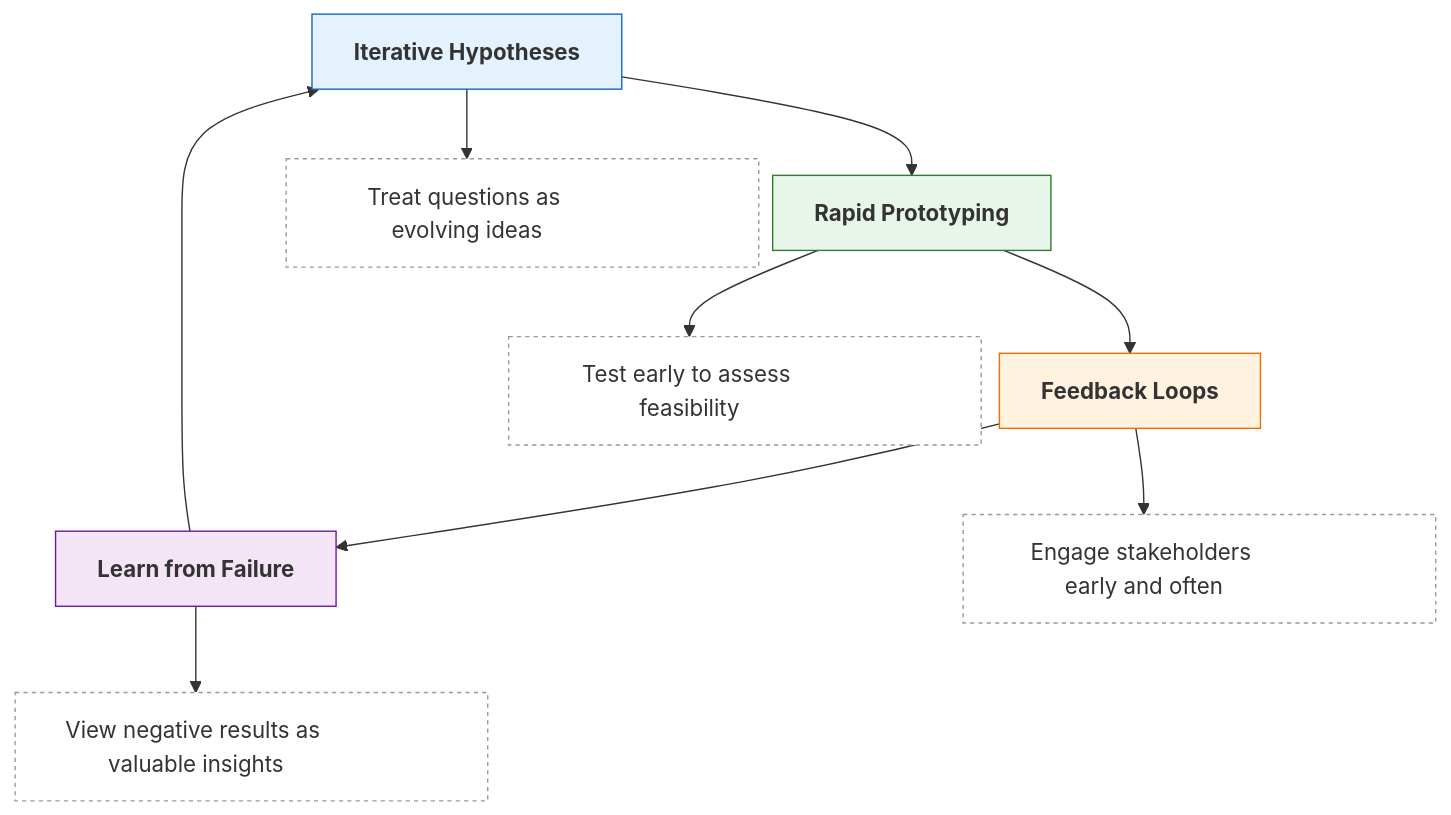
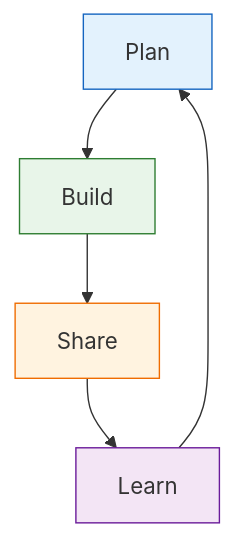
The second of 5 diagrams in training_site/essential_digital_skills/episodes/02-digital_delivery.qmd (thomgiles/DSDSP), drawn with Mermaid before and after one commit. The commit also changed other lines of this file and 6 other files, not shown here.

````diff
--- a/training_site/essential_digital_skills/episodes/02-digital_delivery.qmd
+++ b/training_site/essential_digital_skills/episodes/02-digital_delivery.qmd
@@ -90,34 +107,8 @@
 ```{mermaid}
 flowchart TB
-    %% Main concept nodes (A–D)
-    A["<b>Iterative Hypotheses</b>"]
-    B["<b>Rapid Prototyping</b>"]
-    C["<b>Feedback Loops</b>"]
-    D["<b>Learn from Failure</b>"]
-
-    %% Descriptive subnodes (wrapped)
-    A1["Treat questions as evolving ideas"]
-    B1["Test early to assess feasibility"]
-    C1["Engage stakeholders early and often"]
-    D1["View negative results as valuable insights"]
-
-    %% Flow connections
-    A --> B --> C --> D --> A
-
-    %% Link descriptions below each main node
-    A --> A1
-    B --> B1
-    C --> C1
-    D --> D1
-
-    %% Styling for main nodes
+    A[Plan] --> B[Build] --> C[Share] --> D[Learn] --> A
     style A fill:#E3F2FD,stroke:#1565C0,stroke-width:1px
     style B fill:#E8F5E9,stroke:#2E7D32,stroke-width:1px
     style C fill:#FFF3E0,stroke:#EF6C00,stroke-width:1px
     style D fill:#F3E5F5,stroke:#6A1B9A,stroke-width:1px
-
-    %% Styling for descriptive nodes
-    classDef desc fill:#FFFFFF,stroke:#999,stroke-dasharray:3 3,width:340px;
-    class A1,B1,C1,D1 desc;
-
 ```
````
